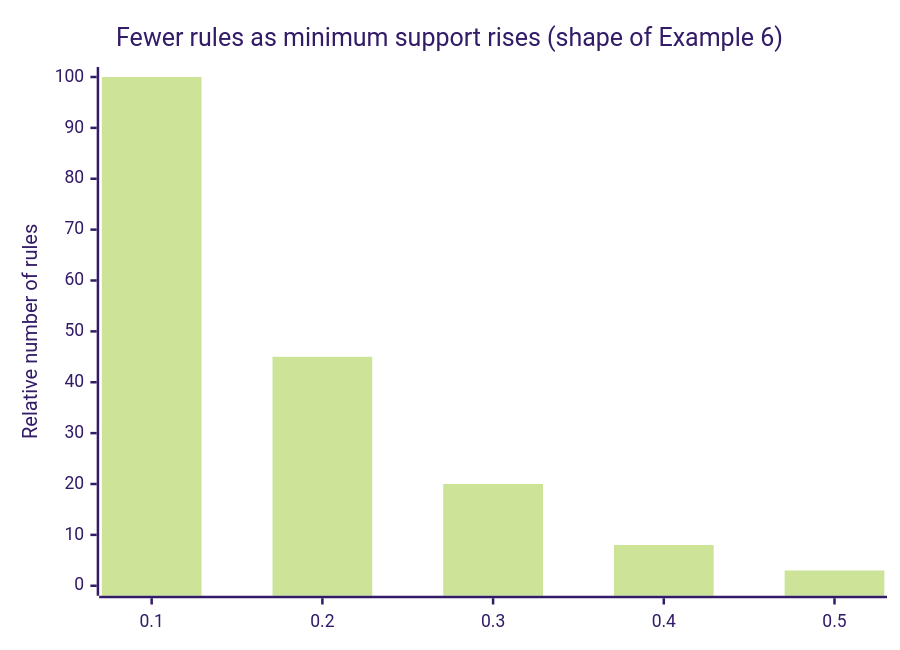
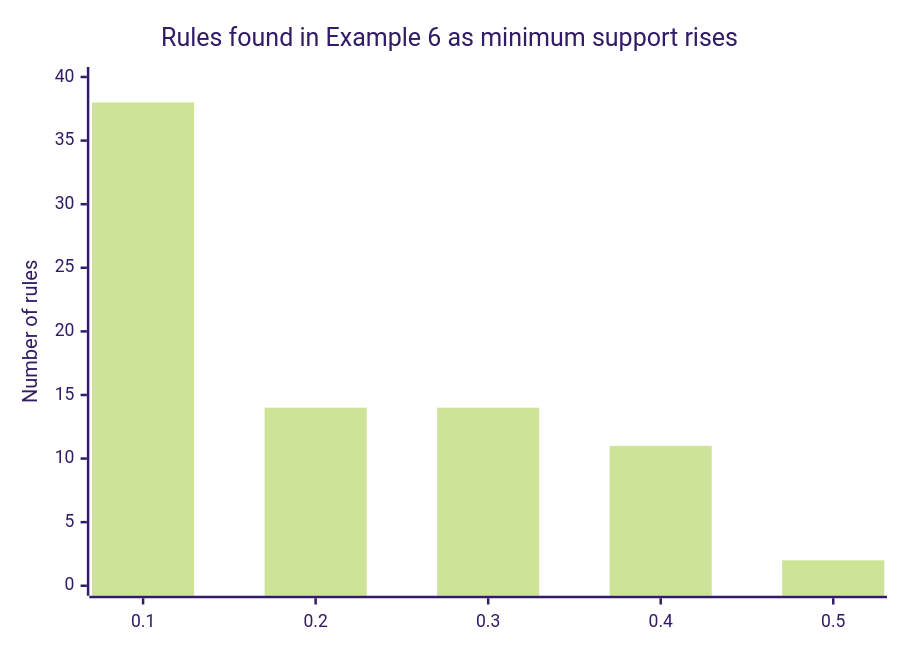
The third of 3 diagrams in term-2/01-data-mining-with-weka/session-03-association-rule-mining.md (Hamnakhan123/Diploma-in-Data-Science), drawn with Mermaid (forest theme) before and after one commit. The commit also changed other lines of this file, not shown here.

````diff
--- a/term-2/01-data-mining-with-weka/session-03-association-rule-mining.md
+++ b/term-2/01-data-mining-with-weka/session-03-association-rule-mining.md
@@ -357,7 +359,7 @@
 ```mermaid
 xychart-beta
-    title "Fewer rules as minimum support rises (shape of Example 6)"
+    title "Rules found in Example 6 as minimum support rises"
     x-axis ["0.1", "0.2", "0.3", "0.4", "0.5"]
-    y-axis "Relative number of rules" 0 --> 100
-    bar [100, 45, 20, 8, 3]
+    y-axis "Number of rules" 0 --> 40
+    bar [38, 14, 14, 11, 2]
 ```
````
